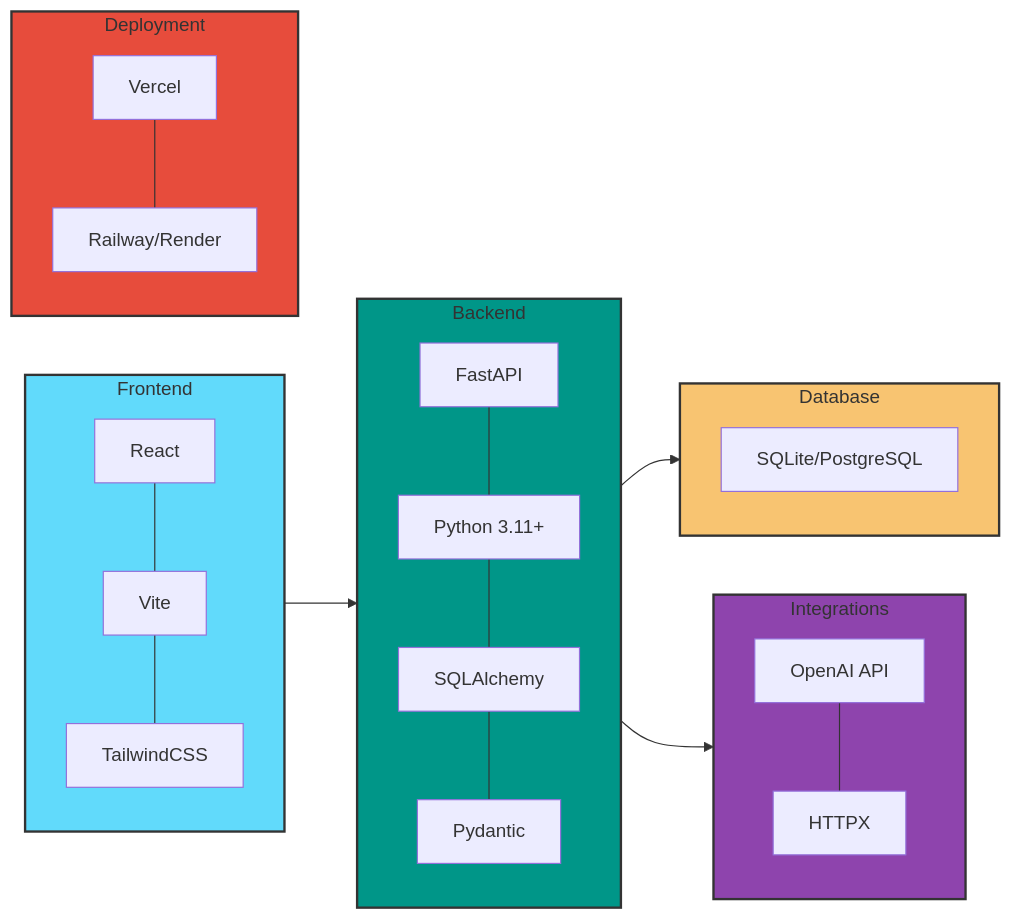
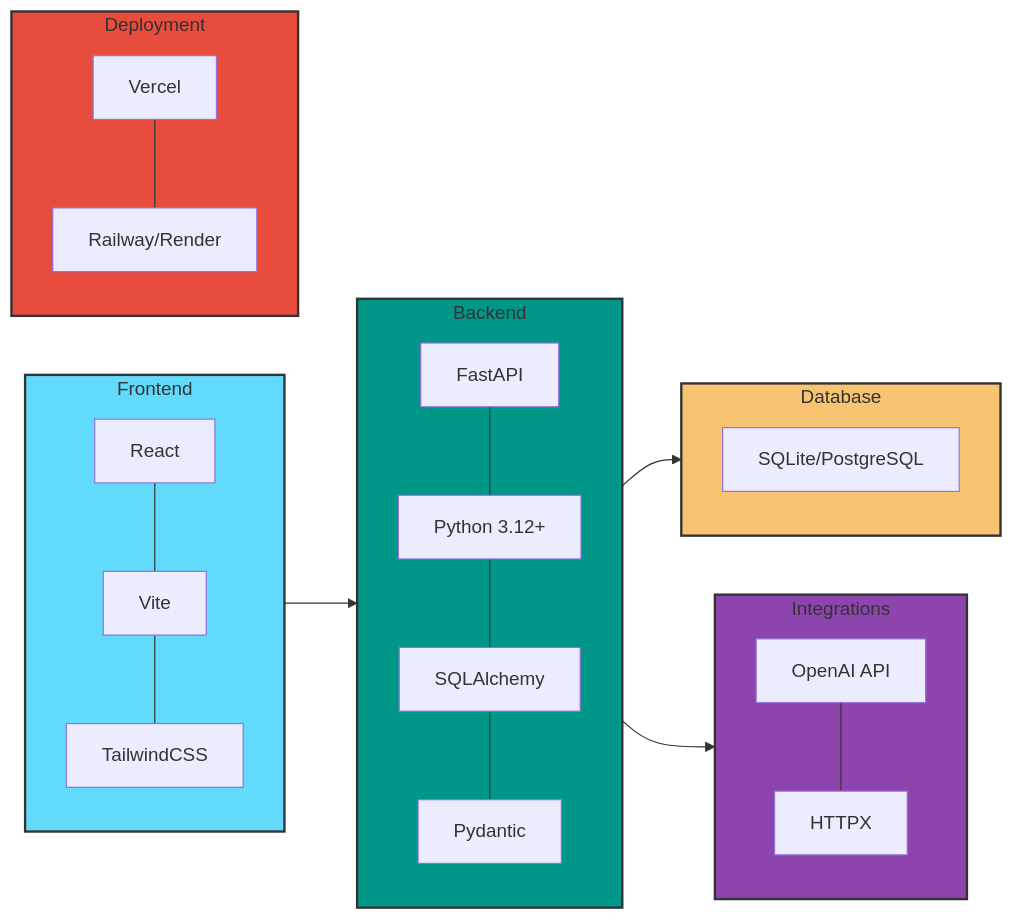
Before and after one commit to Amtilan/Wiki-Cyberpank2077: the second of 4 diagrams in README.md, drawn with Mermaid. The commit also changed other lines of this file, not shown here.

````diff
--- a/README.md
+++ b/README.md
@@ -40,35 +40,35 @@
 ```mermaid
 flowchart LR
     subgraph Frontend
         A[React] --- B[Vite]
         B --- C[TailwindCSS]
     end
     
     subgraph Backend
-        D[FastAPI] --- E[Python 3.11+]
+        D[FastAPI] --- E[Python 3.12+]
         E --- F[SQLAlchemy]
         F --- G[Pydantic]
     end
     
     subgraph Database
         H[SQLite/PostgreSQL]
     end
     
     subgraph Deployment
         I[Vercel] --- J[Railway/Render]
     end
     
     subgraph Integrations
         K[OpenAI API] --- L[HTTPX]
     end
     
     Frontend --> Backend
     Backend --> Database
     Backend --> Integrations
     
     style Frontend fill:#61DAFB,stroke:#333,stroke-width:2px
     style Backend fill:#009688,stroke:#333,stroke-width:2px
     style Database fill:#F8C471,stroke:#333,stroke-width:2px
     style Deployment fill:#E74C3C,stroke:#333,stroke-width:2px
     style Integrations fill:#8E44AD,stroke:#333,stroke-width:2px
 ```
````
